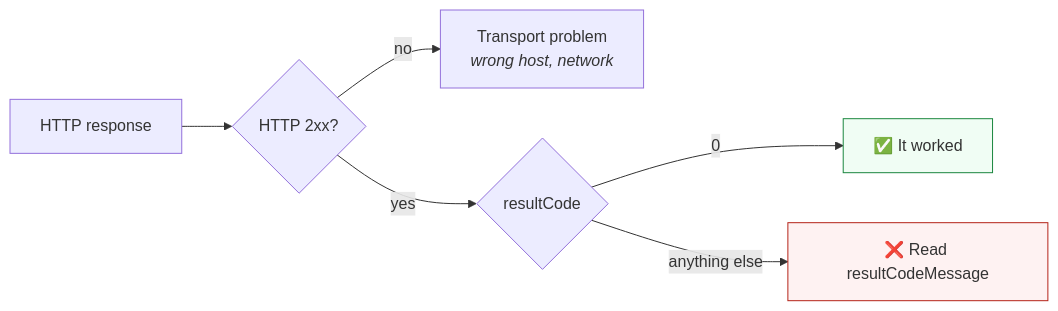
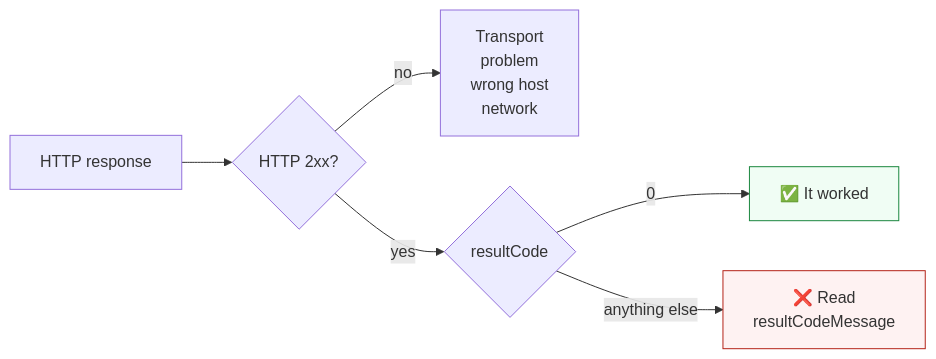
Before and after one commit to CareDailyAI/docs: the first of 2 diagrams in platform_apis/conventions.md, drawn with Mermaid. The commit also changed 30 other files, not shown here.

First line of the commit message:
Diagrams: wrap every flowchart label to short rows so Chrome stops clipping them

````diff
--- a/platform_apis/conventions.md
+++ b/platform_apis/conventions.md
@@ -32,10 +32,10 @@
 ```mermaid
 flowchart LR
     R["HTTP response"] --> H{"HTTP 2xx?"}
-    H -->|"no"| N["Transport problem<br/><i>wrong host, network</i>"]
+    H -->|"no"| N["Transport<br/>problem<br/>wrong host<br/>network"]
     H -->|"yes"| C{"resultCode"}
     C -->|"0"| OK["✅ It worked"]
-    C -->|"anything else"| E["❌ Read resultCodeMessage"]
+    C -->|"anything else"| E["❌ Read<br/>resultCodeMessage"]
     style OK fill:#f0fdf4,stroke:#1b873f
     style E fill:#fef2f2,stroke:#b42318
 ```
````
